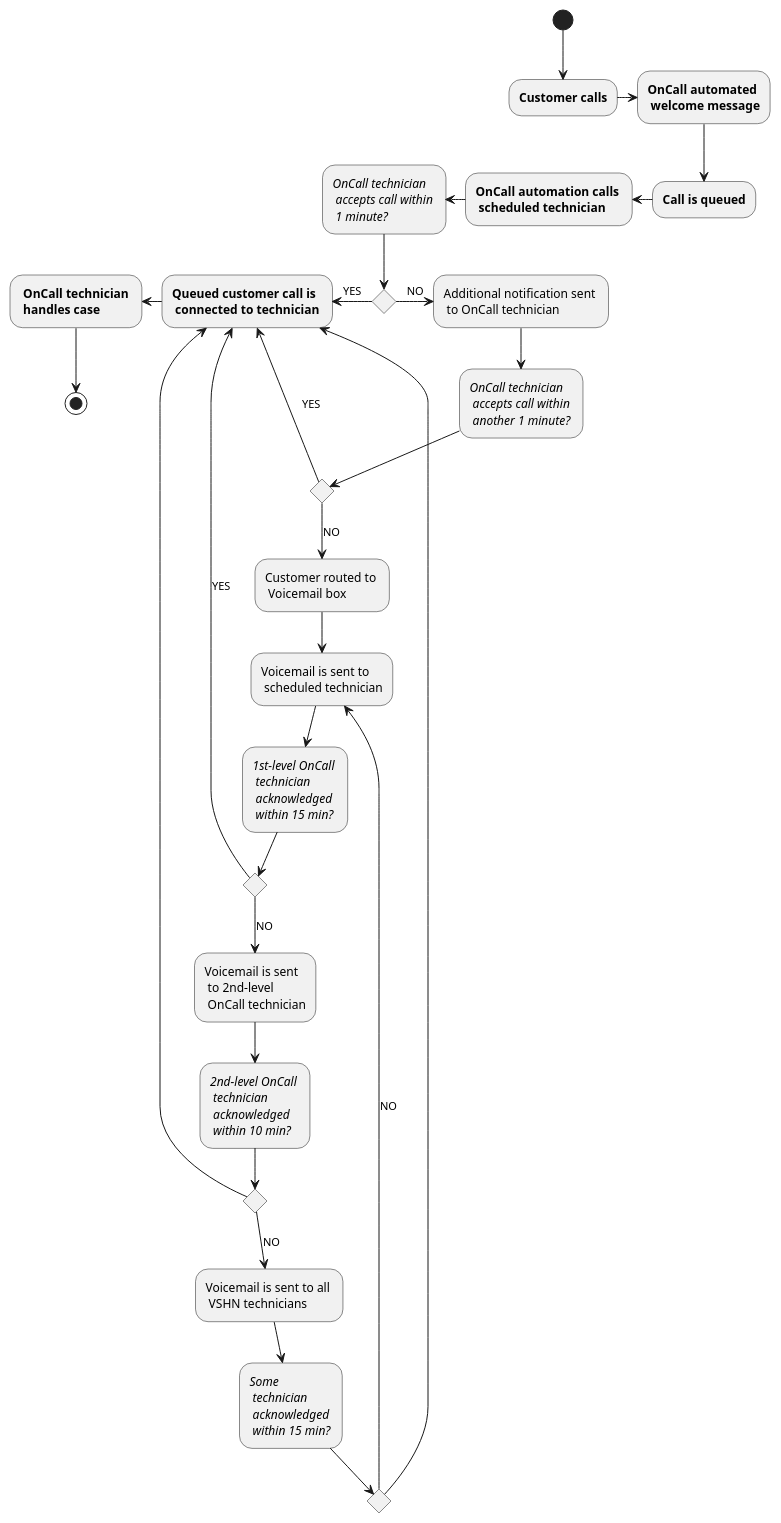
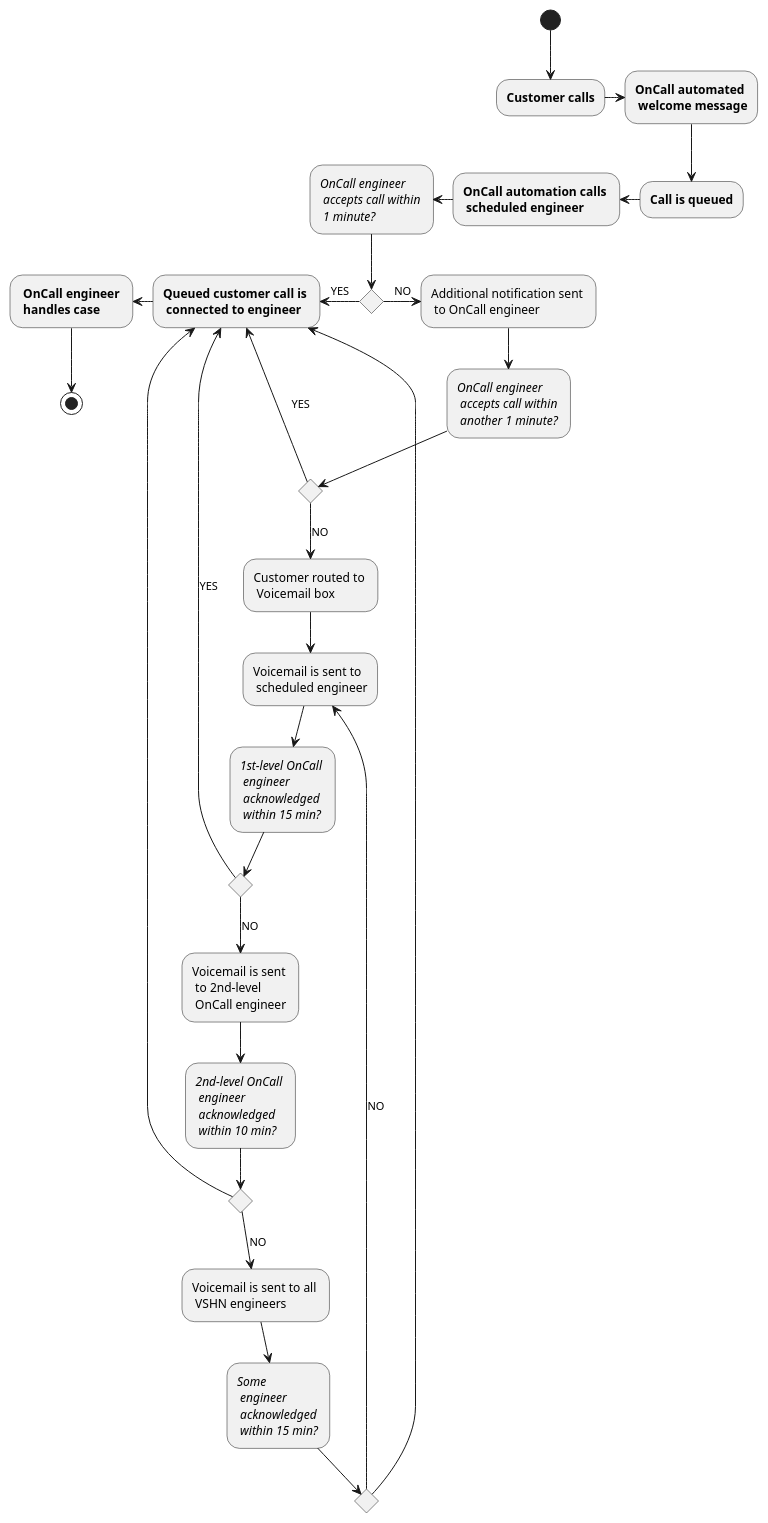
Before and after one commit to vshn/kb: the diagram in docs/modules/ROOT/examples/emergency.plantuml, drawn with PlantUML.

Commit message:
Replaced 'technician' with 'engineer' in diagram

```diff
--- a/docs/modules/ROOT/examples/emergency.plantuml
+++ b/docs/modules/ROOT/examples/emergency.plantuml
@@ -1,42 +1,42 @@
 @startuml
 ' !include conf.plantuml
 
 (*) --> "**Customer calls**"
 -right-> "**OnCall automated** \n **welcome message**"
 --> "**Call is queued**"
--left-> "**OnCall automation calls** \n **scheduled technician**"
--left-> "//OnCall technician// \n //accepts call within// \n //1 minute?//"
+-left-> "**OnCall automation calls** \n **scheduled engineer**"
+-left-> "//OnCall engineer// \n //accepts call within// \n //1 minute?//"
 if "" then
-  -left-> [YES] "**Queued customer call is** \n **connected to technician** " as done
-  -left-> " **OnCall technician** \n **handles case**"
+  -left-> [YES] "**Queued customer call is** \n **connected to engineer** " as done
+  -left-> " **OnCall engineer** \n **handles case**"
   --> (*)
 else
-  -right-> [NO] "Additional notification sent \n to OnCall technician"
-  -down-> "//OnCall technician// \n //accepts call within// \n //another 1 minute?//"
+  -right-> [NO] "Additional notification sent \n to OnCall engineer"
+  -down-> "//OnCall engineer// \n //accepts call within// \n //another 1 minute?//"
   if "" then
     --> [YES] done
   else
     --> [NO] "Customer routed to \n Voicemail box"
-    --> "Voicemail is sent to \n scheduled technician" as voicemail
-    --> "//1st-level OnCall// \n //technician// \n //acknowledged// \n //within 15 min?//"
+    --> "Voicemail is sent to \n scheduled engineer" as voicemail
+    --> "//1st-level OnCall// \n //engineer// \n //acknowledged// \n //within 15 min?//"
     if "" then
       --> [YES] done
     else
-      --> [NO] "Voicemail is sent \n to 2nd-level \n OnCall technician"
-      --> "//2nd-level OnCall// \n //technician// \n //acknowledged// \n //within 10 min?//"
+      --> [NO] "Voicemail is sent \n to 2nd-level \n OnCall engineer"
+      --> "//2nd-level OnCall// \n //engineer// \n //acknowledged// \n //within 10 min?//"
       if "" then
         --> done
       else
-        --> [NO] "Voicemail is sent to all \n VSHN technicians"
-        --> "//Some// \n //technician// \n //acknowledged// \n //within 15 min?//"
+        --> [NO] "Voicemail is sent to all \n VSHN engineers"
+        --> "//Some// \n //engineer// \n //acknowledged// \n //within 15 min?//"
         if "" then
           --> done
         else
           --> [NO] voicemail
         endif
       endif
     endif
   endif
 endif
 
 @enduml
```
